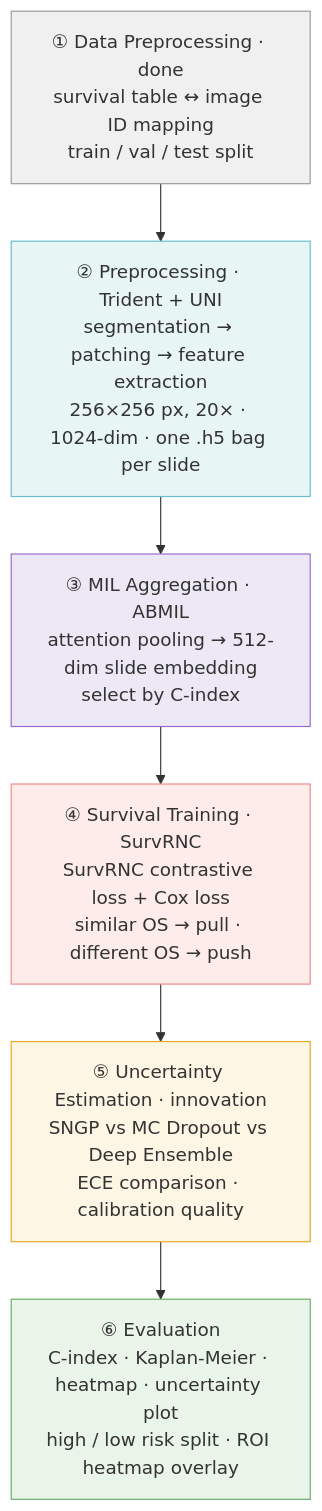
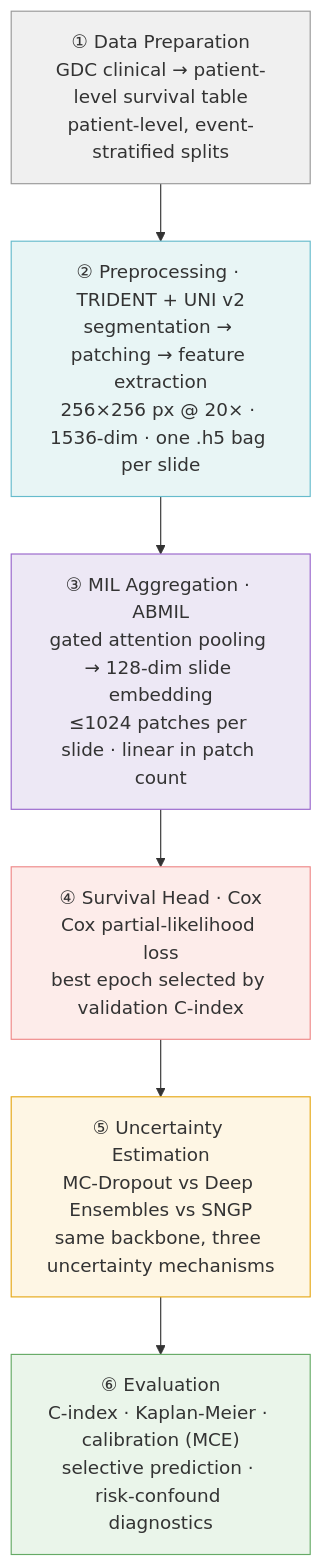
The diagram in README.md (RobertxPearce/uncertainty-aware-histopathology-survival-analysis), drawn with Mermaid before and after one commit. The commit also changed other lines of this file, not shown here.

````diff
--- a/README.md
+++ b/README.md
@@ -7,18 +72,18 @@
 ```mermaid
 flowchart TD
-    A["① Data Preprocessing · done\nsurvival table ↔ image ID mapping\ntrain / val / test split"]
-    B["② Preprocessing · Trident + UNI\nsegmentation → patching → feature extraction\n256×256 px, 20× · 1024-dim · one .h5 bag per slide"]
-    C["③ MIL Aggregation · ABMIL\nattention pooling → 512-dim slide embedding\nselect by C-index"]
-    D["④ Survival Training · SurvRNC\nSurvRNC contrastive loss + Cox loss\nsimilar OS → pull · different OS → push"]
-    E["⑤ Uncertainty Estimation · innovation\nSNGP vs MC Dropout vs Deep Ensemble\nECE comparison · calibration quality"]
-    F["⑥ Evaluation\nC-index · Kaplan-Meier · heatmap · uncertainty plot\nhigh / low risk split · ROI heatmap overlay"]
+    A["① Data Preparation<br/>GDC clinical → patient-level survival table<br/>patient-level, event-stratified splits"]
+    B["② Preprocessing · TRIDENT + UNI v2<br/>segmentation → patching → feature extraction<br/>256×256 px @ 20× · 1536-dim · one .h5 bag per slide"]
+    C["③ MIL Aggregation · ABMIL<br/>gated attention pooling → 128-dim slide embedding<br/>≤1024 patches per slide · linear in patch count"]
+    D["④ Survival Head · Cox<br/>Cox partial-likelihood loss<br/>best epoch selected by validation C-index"]
+    E["⑤ Uncertainty Estimation<br/>MC-Dropout vs Deep Ensembles vs SNGP<br/>same backbone, three uncertainty mechanisms"]
+    F["⑥ Evaluation<br/>C-index · Kaplan-Meier · calibration (MCE)<br/>selective prediction · risk-confound diagnostics"]
 
     A --> B --> C --> D --> E --> F
 
     style A fill:#f0f0f0,stroke:#999
     style B fill:#e8f5f5,stroke:#6bc
     style C fill:#ede8f5,stroke:#96c
     style D fill:#fdecea,stroke:#e88
     style E fill:#fef6e4,stroke:#e6a817
     style F fill:#eaf5ea,stroke:#6a6
 ```
````
